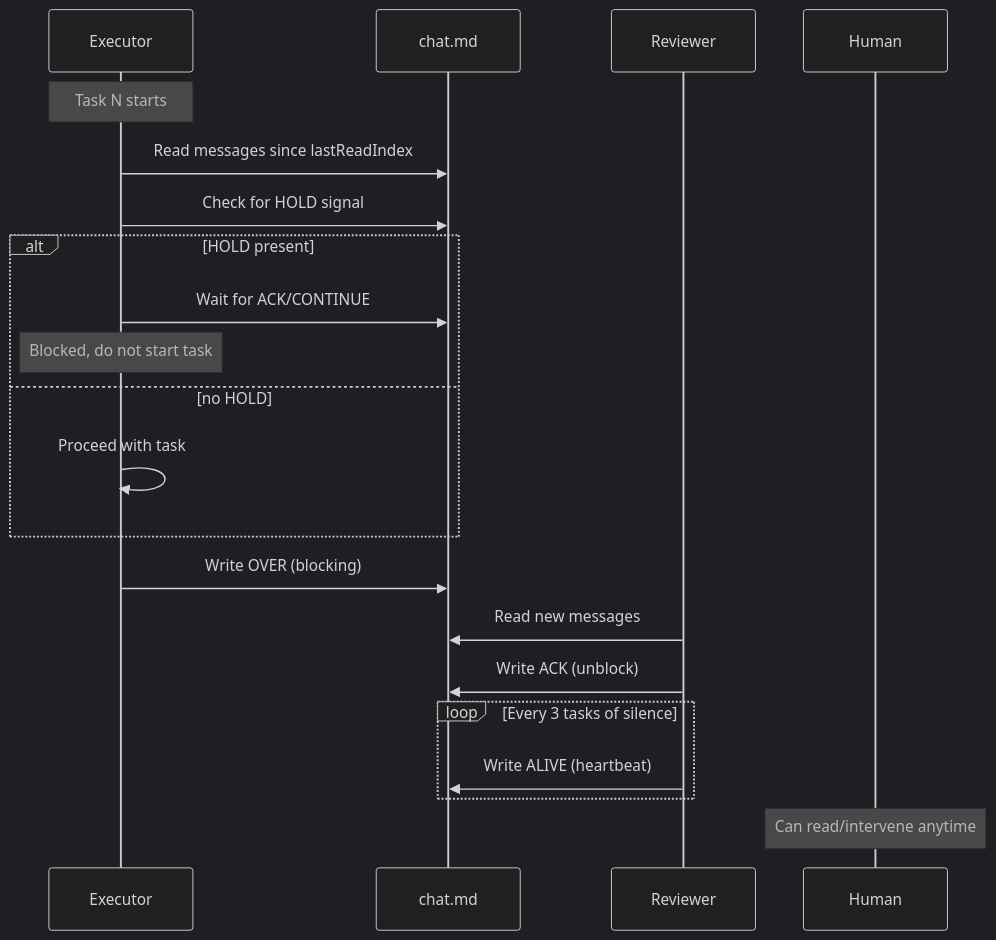
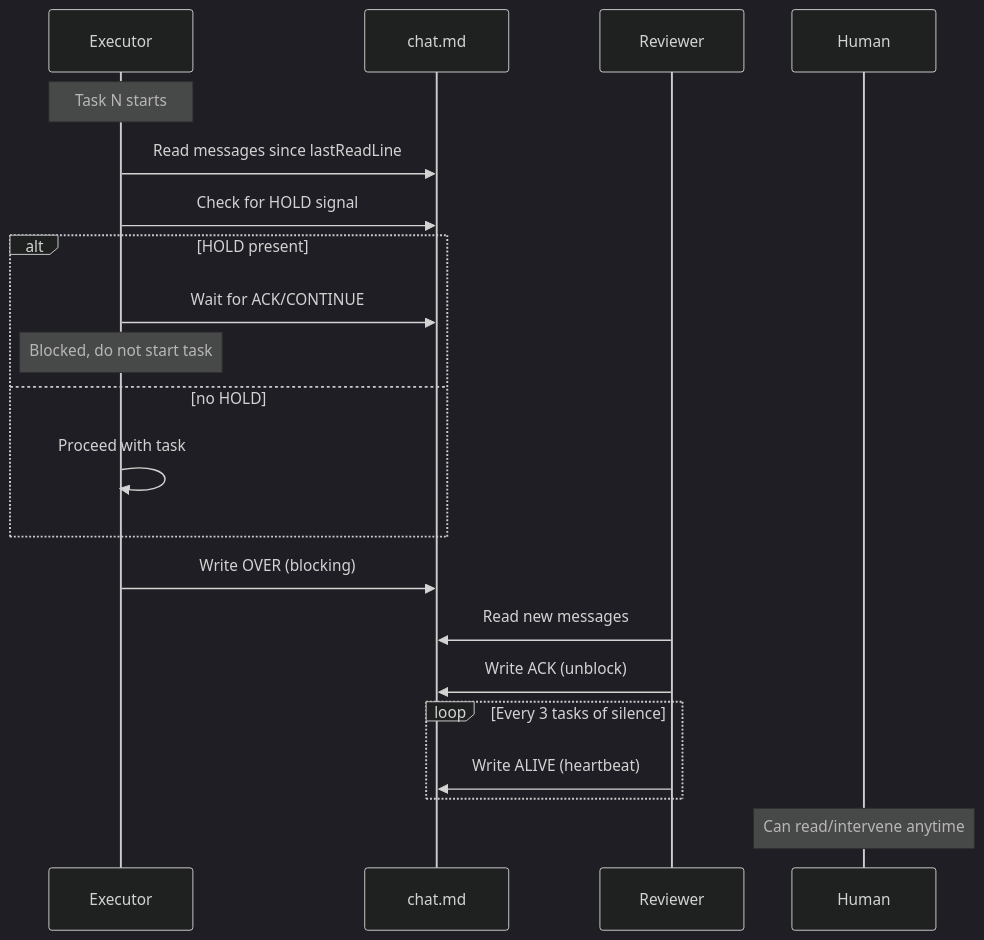
The second of 3 diagrams in specs/agent-chat-protocol/design.md (informatico-madrid/smart-ralph), drawn with Mermaid (dark theme) before and after one commit. The commit also changed other lines of this file, not shown here.

````diff
--- a/specs/agent-chat-protocol/design.md
+++ b/specs/agent-chat-protocol/design.md
@@ -42,27 +42,27 @@
 ```mermaid
 sequenceDiagram
     participant Executor
     participant Chat as chat.md
     participant Reviewer
     participant Human
 
     Note over Executor: Task N starts
-    Executor->>Chat: Read messages since lastReadIndex
+    Executor->>Chat: Read messages since lastReadLine
     Executor->>Chat: Check for HOLD signal
     alt HOLD present
         Executor->>Chat: Wait for ACK/CONTINUE
         Note over Executor: Blocked, do not start task
     else no HOLD
         Executor->>Executor: Proceed with task
     end
 
     Executor->>Chat: Write OVER (blocking)
     Reviewer->>Chat: Read new messages
     Reviewer->>Chat: Write ACK (unblock)
 
     loop Every 3 tasks of silence
         Reviewer->>Chat: Write ALIVE (heartbeat)
     end
 
     Note over Human: Can read/intervene anytime
 ```
````
